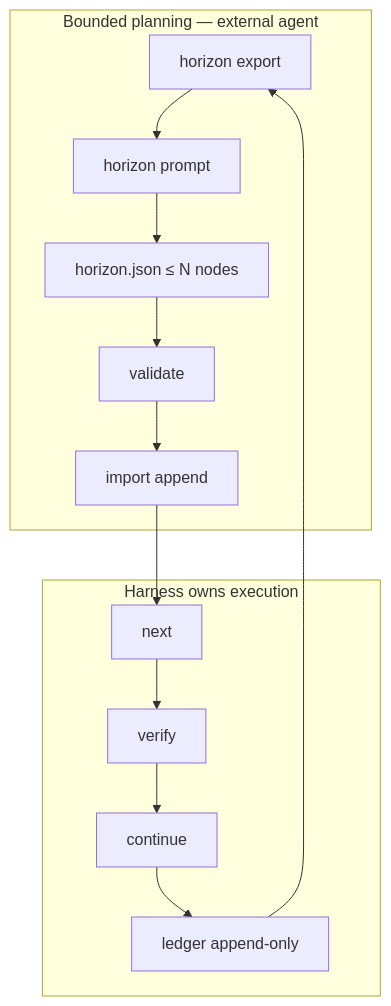
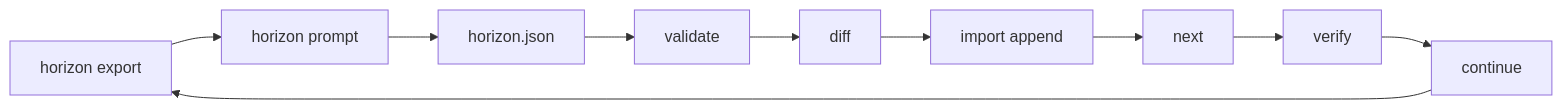
Before and after one commit to CardSorting/JoyZoning: the diagram in docs/jsdp-convergence-harness.md, drawn with Mermaid. The commit also changed other lines of this file and 16 other files, not shown here.

````diff
--- a/docs/jsdp-convergence-harness.md
+++ b/docs/jsdp-convergence-harness.md
@@ -39,18 +40,12 @@
 ```mermaid
-flowchart TB
-  subgraph plan [Bounded planning — external agent]
-    E[horizon export]
-    P[horizon prompt]
-    H[horizon.json ≤ N nodes]
-    V[validate]
-    I[import append]
-  end
-  subgraph run [Harness owns execution]
-    N[next]
-    VF[verify]
-    C[continue]
-    L[ledger append-only]
-  end
-  E --> P --> H --> V --> I --> N --> VF --> C --> L
-  L --> E
+flowchart LR
+  E[horizon export] --> P[horizon prompt]
+  P --> H[horizon.json]
+  H --> V[validate]
+  V --> D[diff]
+  D --> I[import append]
+  I --> N[next]
+  N --> VF[verify]
+  VF --> C[continue]
+  C --> E
 ```
````
